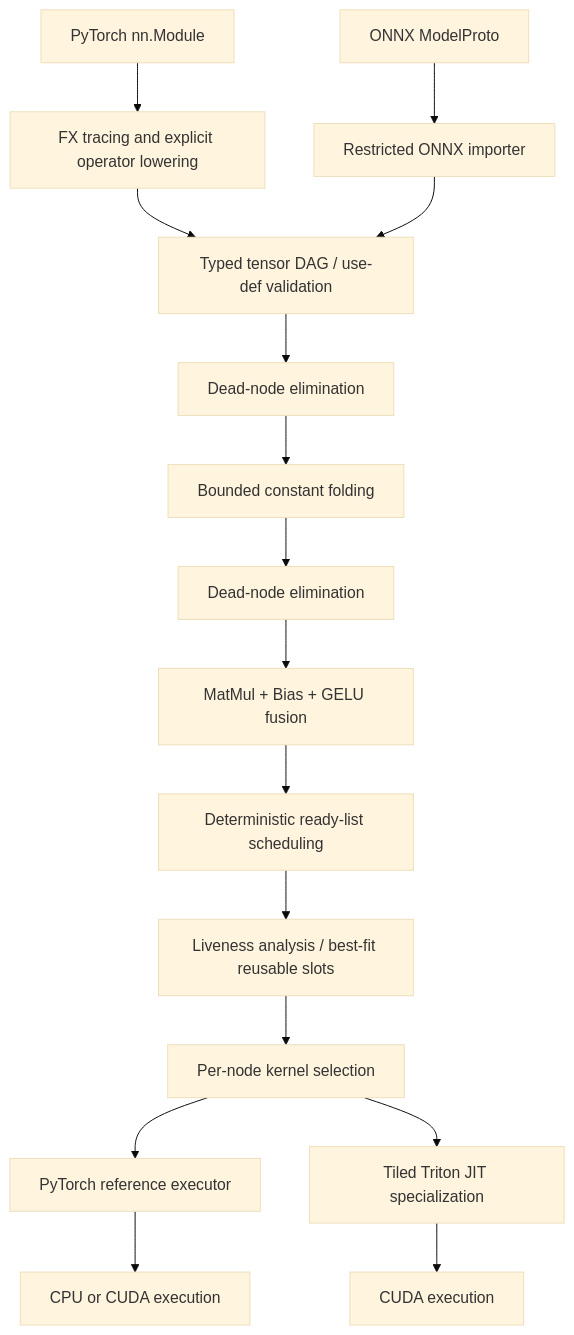
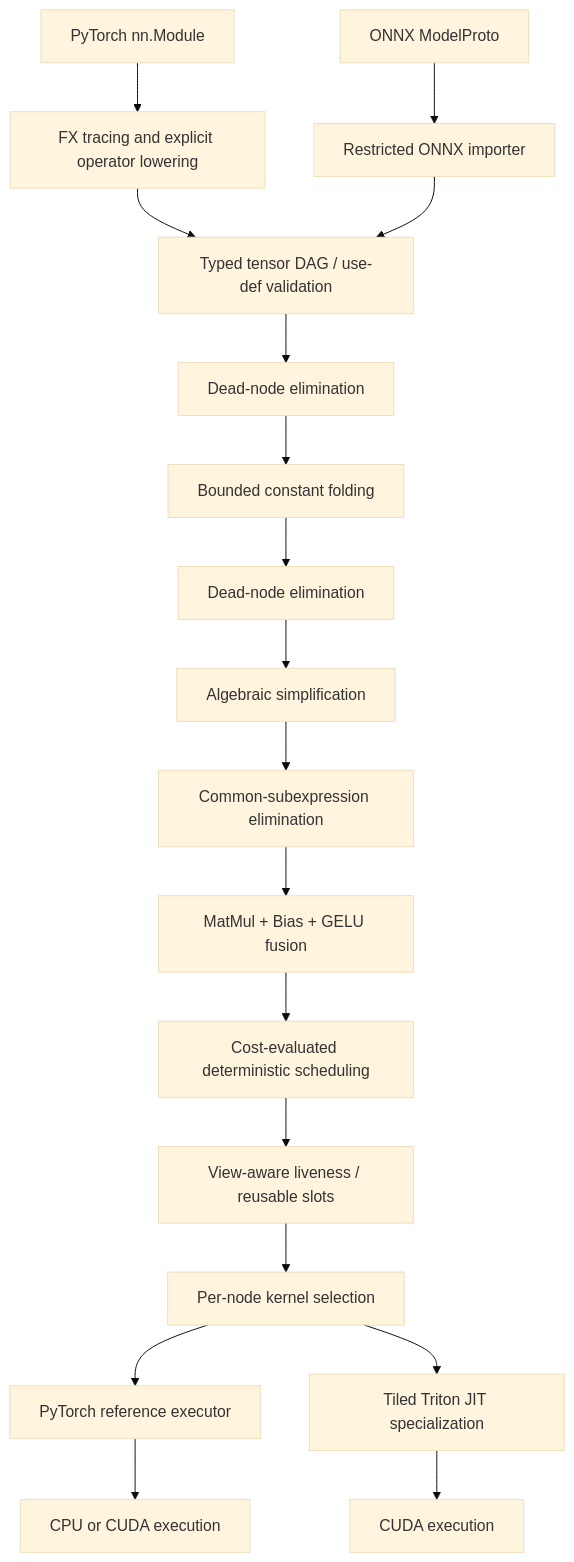
One commit to rayhankhilji/ForgeML changed the first of 5 diagrams in README.md. Above: the diagram before and after it, drawn with Mermaid (base theme). The commit also changed other lines of this file and 20 other files, not shown here.

````diff
--- a/README.md
+++ b/README.md
@@ -121,18 +121,20 @@
 ```mermaid
 flowchart TD
     PT[PyTorch nn.Module] --> FX[FX tracing and explicit operator lowering]
     ONNX[ONNX ModelProto] --> OI[Restricted ONNX importer]
     FX --> IR[Typed tensor DAG / use-def validation]
     OI --> IR
     IR --> DCE[Dead-node elimination]
     DCE --> CF[Bounded constant folding]
     CF --> CLEAN[Dead-node elimination]
-    CLEAN --> FUSE[MatMul + Bias + GELU fusion]
-    FUSE --> SCHED[Deterministic ready-list scheduling]
-    SCHED --> MEM[Liveness analysis / best-fit reusable slots]
+    CLEAN --> ALG[Algebraic simplification]
+    ALG --> CSE[Common-subexpression elimination]
+    CSE --> FUSE[MatMul + Bias + GELU fusion]
+    FUSE --> SCHED[Cost-evaluated deterministic scheduling]
+    SCHED --> MEM[View-aware liveness / reusable slots]
     MEM --> SELECT[Per-node kernel selection]
     SELECT --> TORCH[PyTorch reference executor]
     SELECT --> TRITON[Tiled Triton JIT specialization]
     TRITON --> GPU[CUDA execution]
     TORCH --> CPU[CPU or CUDA execution]
 ```
````
